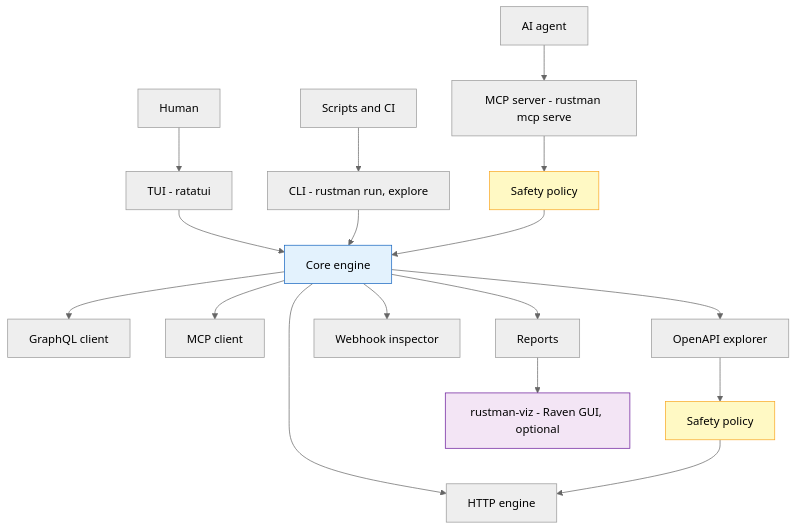
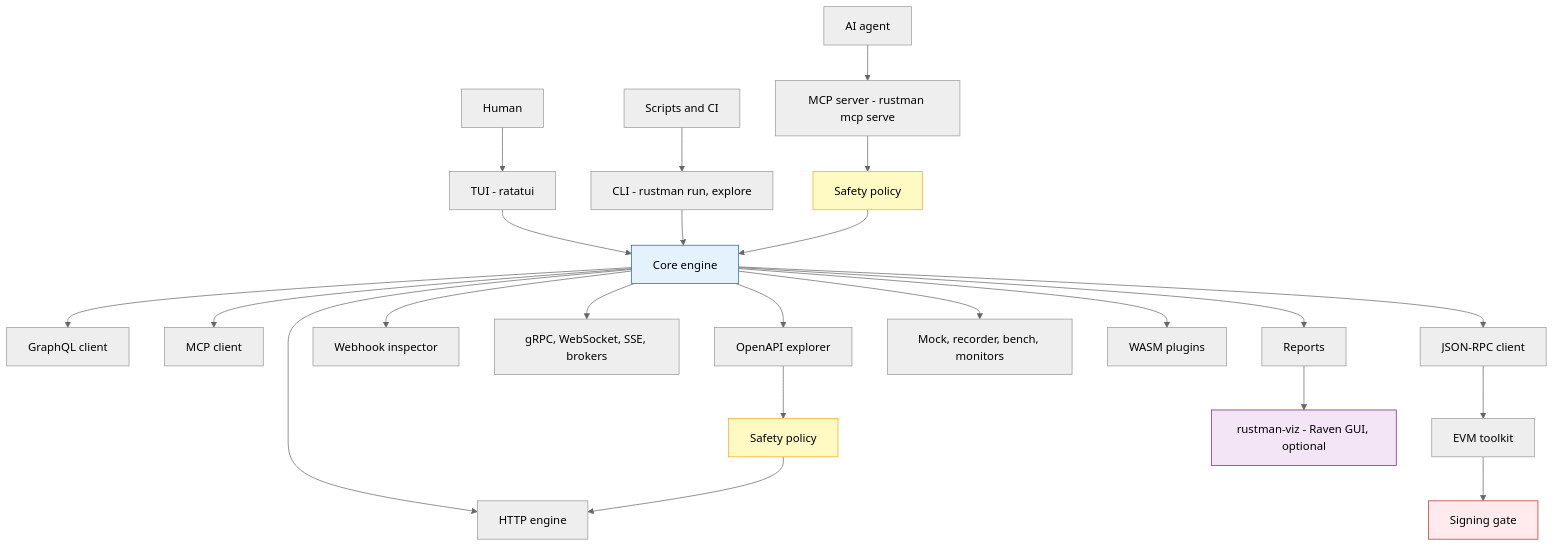
Before and after one commit to CyberdyneCorp/rustman: the second of 2 diagrams in README.md, drawn with Mermaid (neutral theme). The commit also changed other lines of this file and 56 other files, not shown here.

````diff
--- a/README.md
+++ b/README.md
@@ -267,24 +424,31 @@
 ```mermaid
 graph TD
     H["Human"] --> TUI["TUI - ratatui"]
     S["Scripts and CI"] --> CLI["CLI - rustman run, explore"]
     A["AI agent"] --> MCPS["MCP server - rustman mcp serve"]
     TUI --> CORE["Core engine"]
     CLI --> CORE
     MCPS --> SAFE["Safety policy"]
     SAFE --> CORE
     CORE --> HTTP["HTTP engine"]
     CORE --> GQL["GraphQL client"]
     CORE --> MCPC["MCP client"]
     CORE --> EXP["OpenAPI explorer"]
     EXP --> SAFE2["Safety policy"]
     SAFE2 --> HTTP
     CORE --> WH["Webhook inspector"]
+    CORE --> PROTO["gRPC, WebSocket, SSE, brokers"]
+    CORE --> RPC["JSON-RPC client"]
+    RPC --> EVM["EVM toolkit"]
+    EVM --> GATE["Signing gate"]
+    CORE --> TOOLS["Mock, recorder, bench, monitors"]
+    CORE --> PLUG["WASM plugins"]
     CORE --> REP["Reports"]
     REP --> VIZ["rustman-viz - Raven GUI, optional"]
 
     style CORE fill:#E3F2FD,stroke:#1565C0
     style SAFE fill:#FFF9C4,stroke:#F9A825
     style SAFE2 fill:#FFF9C4,stroke:#F9A825
+    style GATE fill:#FFEBEE,stroke:#C62828
     style VIZ fill:#F3E5F5,stroke:#6A1B9A
 ```
````
